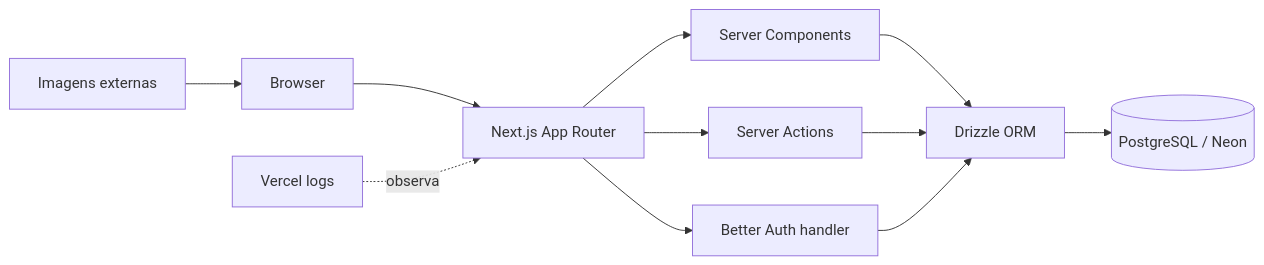
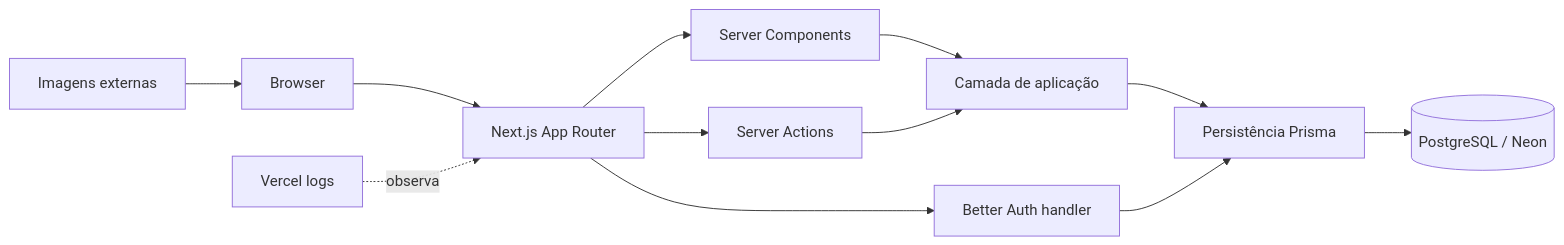
Before and after one commit to yurizzxz/tadeu_ecommerce: the third of 3 diagrams in README.md, drawn with Mermaid. The commit also changed other lines of this file and 8 other files, not shown here.

Commit message:
docs(architecture): adota Prisma e camadas [TASK-001]

````diff
--- a/README.md
+++ b/README.md
@@ -492,13 +492,14 @@
 ```mermaid
 flowchart LR
     Browser[Browser] --> App[Next.js App Router]
     App --> RSC[Server Components]
     App --> SA[Server Actions]
     App --> Auth[Better Auth handler]
-    RSC --> Drizzle[Drizzle ORM]
-    SA --> Drizzle
-    Auth --> Drizzle
-    Drizzle --> Neon[(PostgreSQL / Neon)]
+    RSC --> Application[Camada de aplicação]
+    SA --> Application
+    Application --> Prisma[Persistência Prisma]
+    Auth --> Prisma
+    Prisma --> Neon[(PostgreSQL / Neon)]
     Vercel[Vercel logs] -. observa .-> App
     Images[Imagens externas] --> Browser
 ```
````
